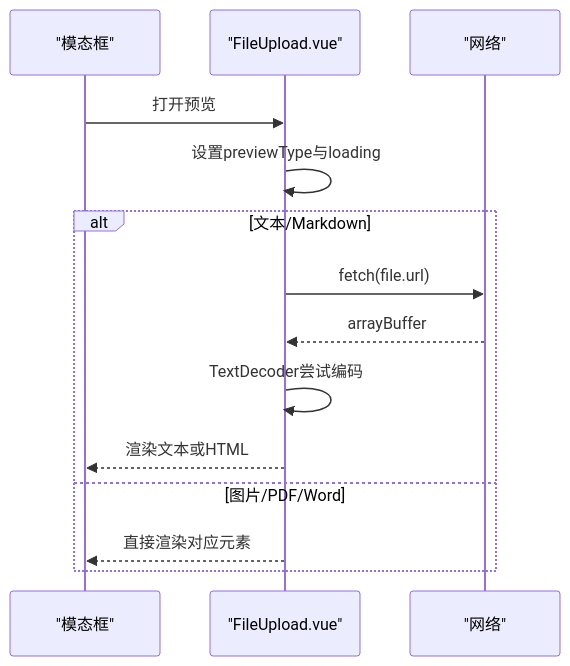
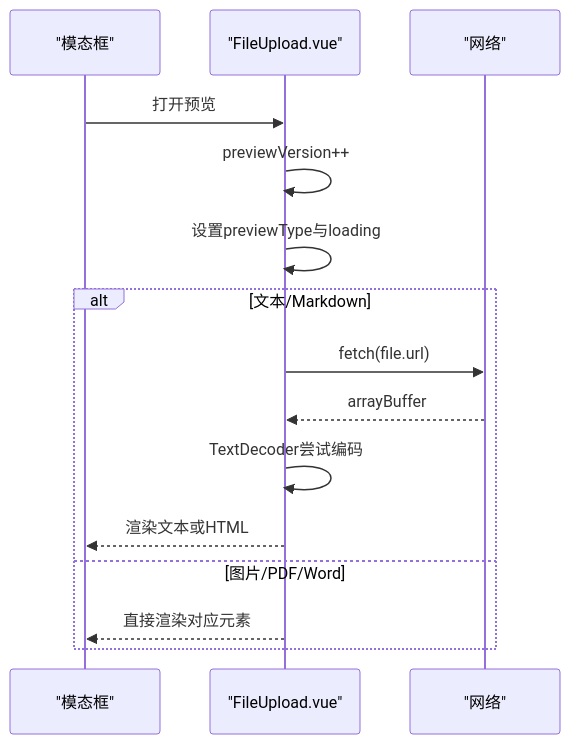
Before and after one commit to junkai-li/NetCoreKevin: the fourth of 5 diagrams in .qoder/repowiki/zh/content/前端架构/组件设计/文件上传组件/文件预览功能.md, drawn with Mermaid. The commit also changed other lines of this file and 42 other files, not shown here.

````diff
--- a/.qoder/repowiki/zh/content/前端架构/组件设计/文件上传组件/文件预览功能.md
+++ b/.qoder/repowiki/zh/content/前端架构/组件设计/文件上传组件/文件预览功能.md
@@ -159,16 +176,17 @@
 ```mermaid
 sequenceDiagram
 participant M as "模态框"
 participant F as "FileUpload.vue"
 participant N as "网络"
 M->>F : 打开预览
+F->>F : previewVersion++
 F->>F : 设置previewType与loading
 alt 文本/Markdown
 F->>N : fetch(file.url)
 N-->>F : arrayBuffer
 F->>F : TextDecoder尝试编码
 F-->>M : 渲染文本或HTML
 else 图片/PDF/Word
 F-->>M : 直接渲染对应元素
 end
 ```
````
